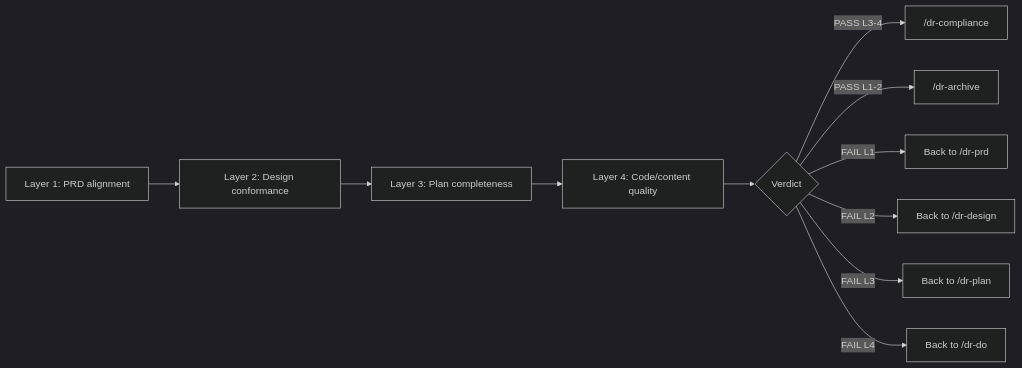
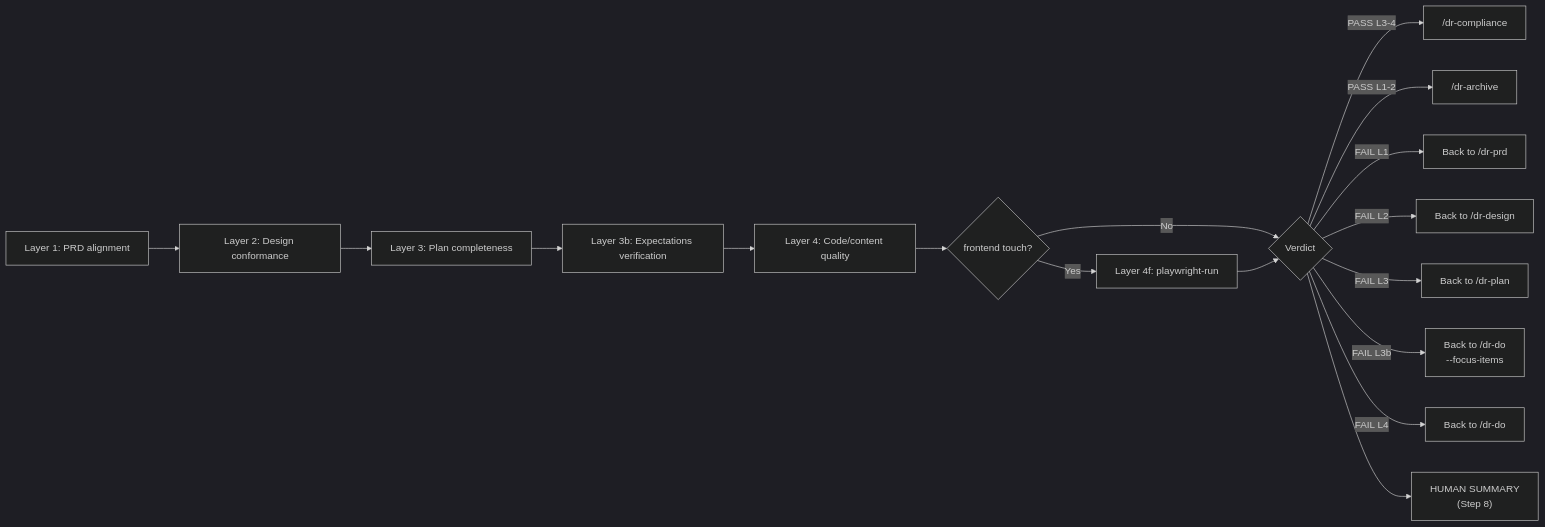
Before and after one commit to Arcanada-one/datarim: the sixth of 8 diagrams in skills/visual-maps/stage-process-flows.md, drawn with Mermaid (dark theme). The commit also changed other lines of this file and 12 other files, not shown here.

````diff
--- a/skills/visual-maps/stage-process-flows.md
+++ b/skills/visual-maps/stage-process-flows.md
@@ -72,13 +74,19 @@
 ```mermaid
 graph LR
     A["Layer 1: PRD alignment"] --> B["Layer 2: Design conformance"]
     B --> C["Layer 3: Plan completeness"]
-    C --> D["Layer 4: Code/content quality"]
-    D --> E{"Verdict"}
-    E -->|"PASS L3-4"| F["/dr-compliance"]
+    C --> C2["Layer 3b: Expectations verification"]
+    C2 --> D["Layer 4: Code/content quality"]
+    D --> D2{"frontend touch?"}
+    D2 -->|Yes| D3["Layer 4f: playwright-run"]
+    D2 -->|No| E
+    D3 --> E
+    E{"Verdict"} -->|"PASS L3-4"| F["/dr-compliance"]
     E -->|"PASS L1-2"| F2["/dr-archive"]
     E -->|"FAIL L1"| G1["Back to /dr-prd"]
     E -->|"FAIL L2"| G2["Back to /dr-design"]
     E -->|"FAIL L3"| G3["Back to /dr-plan"]
+    E -->|"FAIL L3b"| G3b["Back to /dr-do<br>--focus-items"]
     E -->|"FAIL L4"| G4["Back to /dr-do"]
+    E --> H["HUMAN SUMMARY<br>(Step 8)"]
 ```
````
